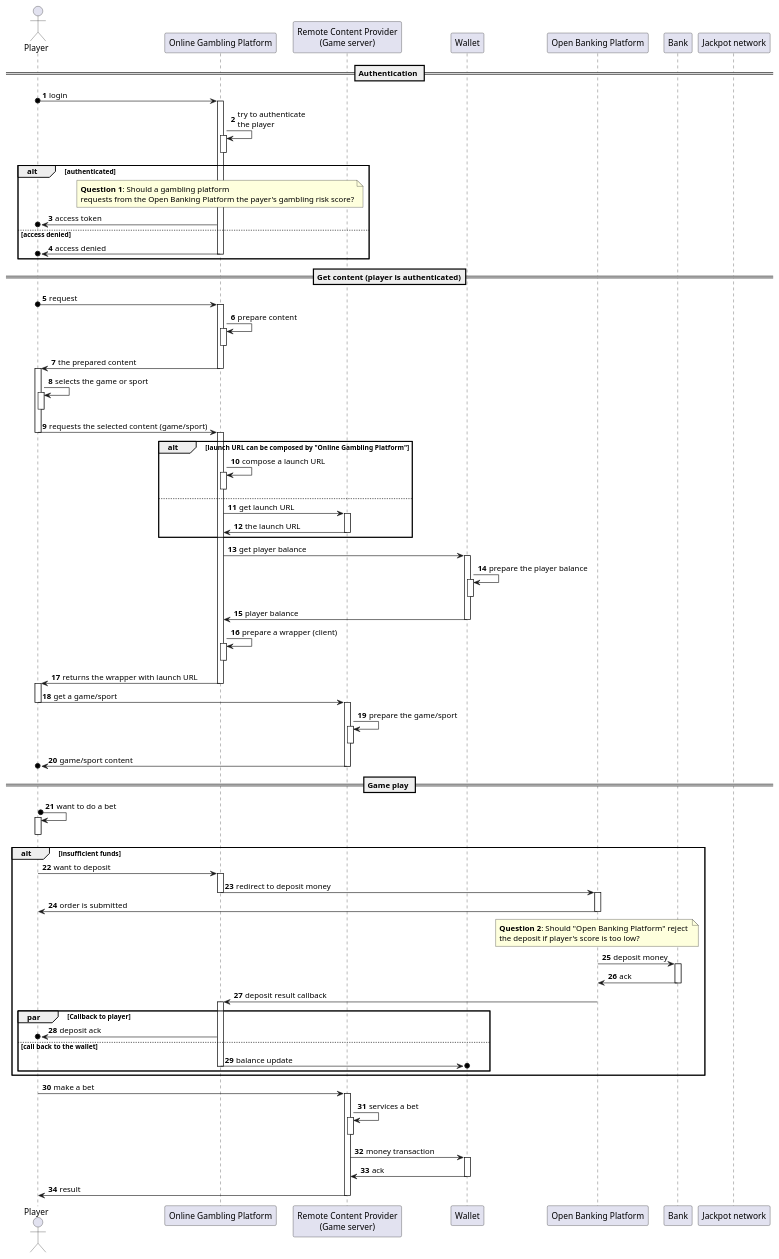
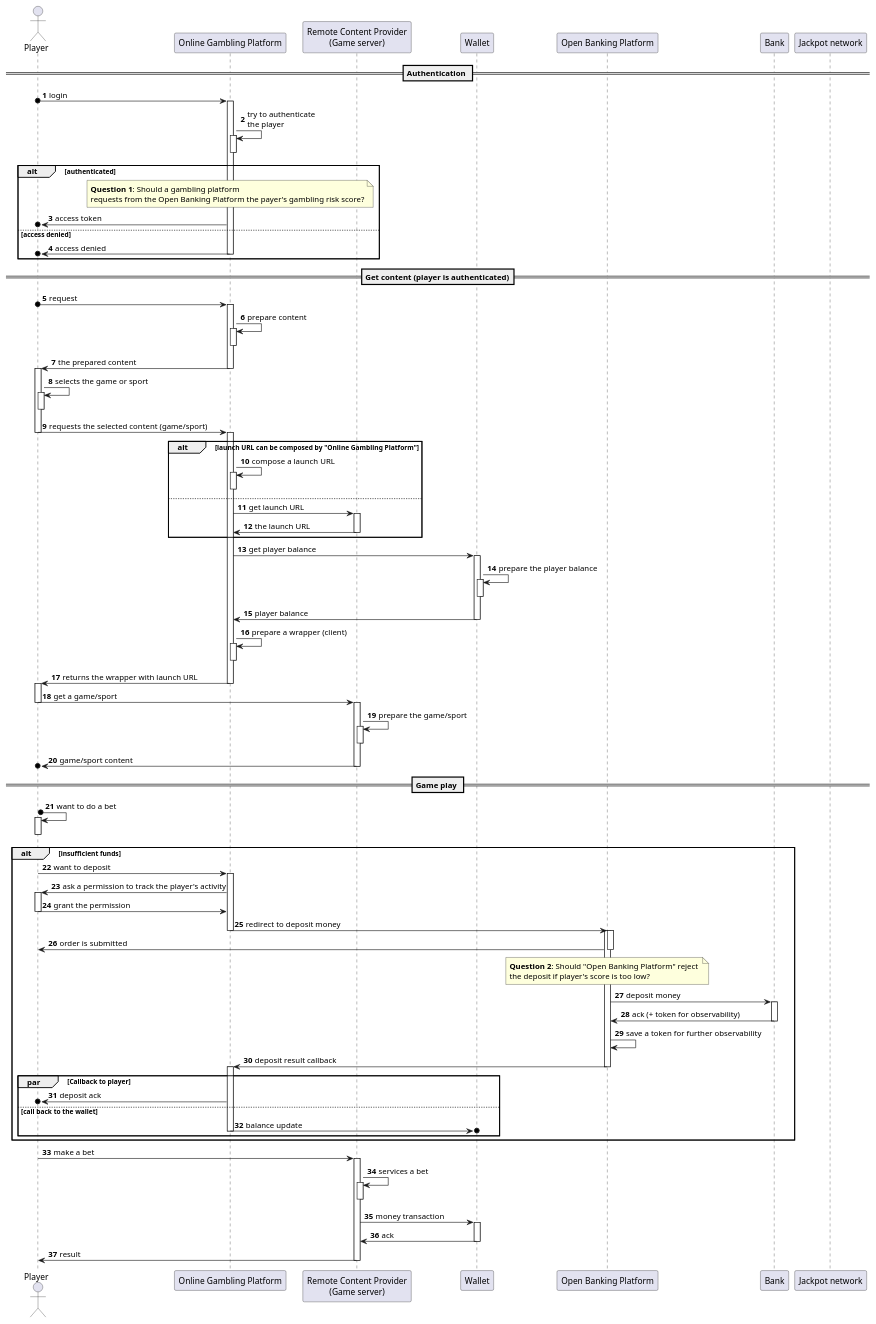
The diagram in umls/general_flow.puml (hkravtsov/affordability), drawn with PlantUML before and after one commit. The commit also changed 3 other files, not shown here.

Commit message:
Refactoring - main flow

```diff
--- a/umls/general_flow.puml
+++ b/umls/general_flow.puml
@@ -1,72 +1,77 @@
 @startuml
 
 autonumber
 
 actor player as "Player"
 participant ogp as "Online Gambling Platform"
 participant rcp as "Remote Content Provider\n(Game server)"
 participant wallet as "Wallet"
 participant obp as "Open Banking Platform"
 participant bank as "Bank"
 participant jackpot as "Jackpot network"
 
 == Authentication ==
 
 player o-> ogp++: login
 ogp -> ogp++--: try to authenticate\nthe player
 alt authenticated
   note over ogp: <b>Question 1</b>: Should a gambling platform \nrequests from the Open Banking Platform the payer's gambling risk score?
   ogp ->o player: access token
    else  access denied
   ogp ->o player--: access denied
 end
 
 == Get content (player is authenticated)==
 
 player o-> ogp++: request
 ogp -> ogp++--: prepare content
 ogp -> player--++: the prepared content
 player -> player++--: selects the game or sport
 player -> ogp--++: requests the selected content (game/sport)
 alt launch URL can be composed by "Online Gambling Platform"
   ogp -> ogp++--: compose a launch URL
 else
   ogp -> rcp++: get launch URL
   rcp -> ogp--: the launch URL
 end
 ogp -> wallet++: get player balance
 wallet -> wallet++--: prepare the player balance
 wallet -> ogp--: player balance
 ogp -> ogp++-- : prepare a wrapper (client)
 ogp -> player--++: returns the wrapper with launch URL
 player -> rcp--++: get a game/sport
 rcp -> rcp++--: prepare the game/sport
 rcp ->o player-- : game/sport content
 
 == Game play ==
 player o-> player++--: want to do a bet
 alt insufficient funds
   player -> ogp++: want to deposit
+  ogp -> player++: ask a permission to track the player's activity
+  player -> ogp--: grant the permission
   ogp -> obp--++: redirect to deposit money
+  activate obp
   obp -> player--: order is submitted
   note over obp: <b>Question 2</b>: Should "Open Banking Platform" reject \nthe deposit if player's score is too low?
   obp -> bank++: deposit money
-  bank -> obp--: ack
+  bank -> obp--: ack (+ token for observability)
+  obp -> obp: save a token for further observability
   obp -> ogp: deposit result callback
+  deactivate obp
   activate ogp
 
   par Callback to player
     ogp ->o player: deposit ack
   else call back to the wallet
     ogp ->o  wallet: balance update
     deactivate ogp
   end
 
 end
 player -> rcp++: make a bet
 rcp -> rcp++--: services a bet
 rcp -> wallet++: money transaction
 wallet -> rcp--: ack
 rcp -> player--: result
 
 @enduml
```
